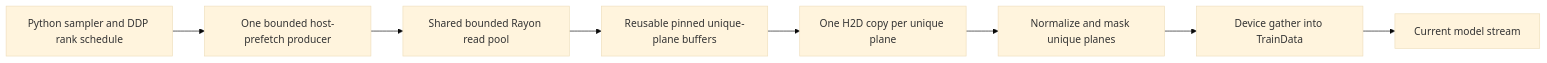
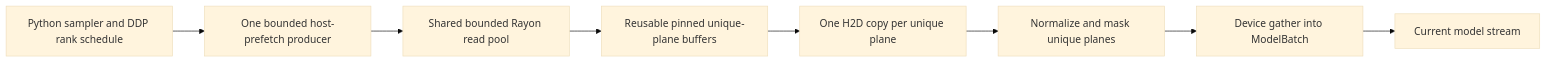
The diagram in rust/crab_load/README.md (m2lines/Samudra), drawn with Mermaid (base theme) before and after one commit. The commit also changed other lines of this file and 8 other files, not shown here.

````diff
--- a/rust/crab_load/README.md
+++ b/rust/crab_load/README.md
@@ -29,10 +29,10 @@
 ```mermaid
 flowchart LR
     S["Python sampler and DDP rank schedule"] --> H["One bounded host-prefetch producer"]
     H --> R["Shared bounded Rayon read pool"]
     R --> P["Reusable pinned unique-plane buffers"]
     P --> C["One H2D copy per unique plane"]
     C --> N["Normalize and mask unique planes"]
-    N --> G["Device gather into TrainData"]
+    N --> G["Device gather into ModelBatch"]
     G --> M["Current model stream"]
 ```
````
